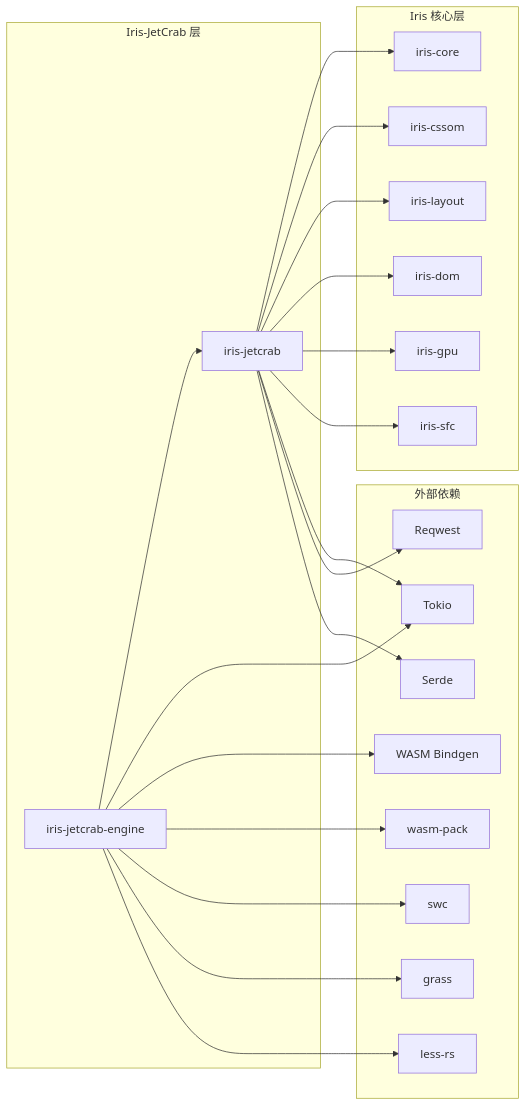
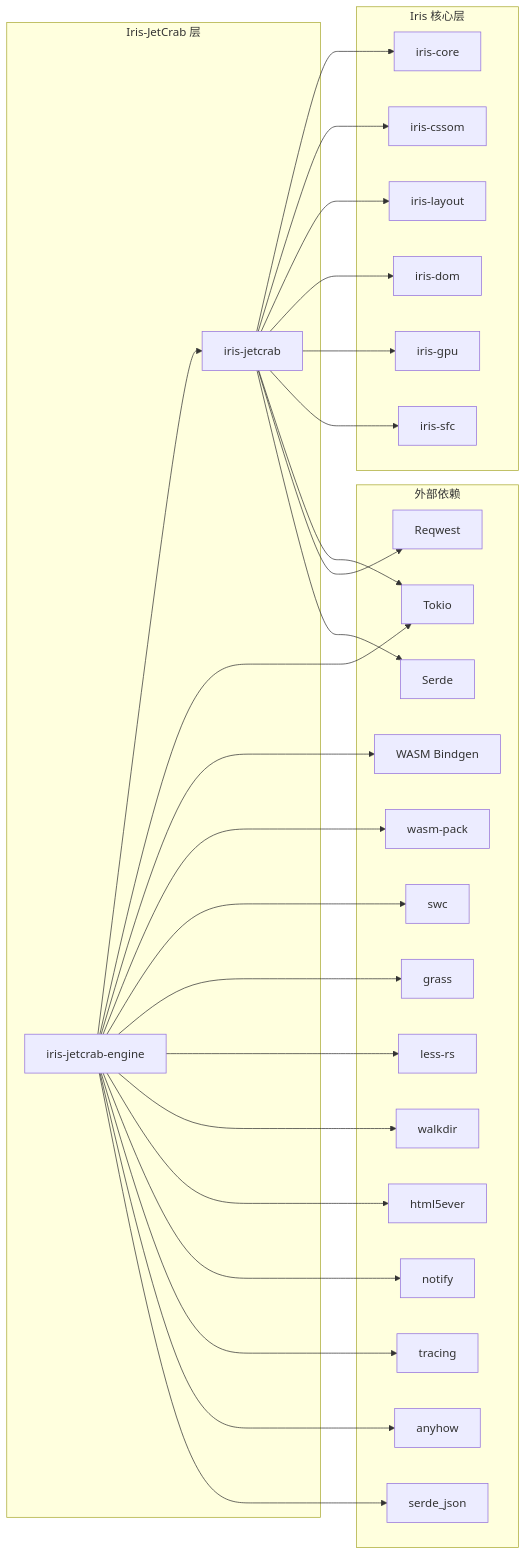
Before and after one commit to itszzl-sudo/iris: diagram 14 of 14 in .qoder/repowiki/zh/content/技术架构详解/JS沙箱运行时/Iris-JetCrab引擎/Iris-JetCrab引擎.md, drawn with Mermaid. The commit also changed other lines of this file and 23 other files, not shown here.

````diff
--- a/.qoder/repowiki/zh/content/技术架构详解/JS沙箱运行时/Iris-JetCrab引擎/Iris-JetCrab引擎.md
+++ b/.qoder/repowiki/zh/content/技术架构详解/JS沙箱运行时/Iris-JetCrab引擎/Iris-JetCrab引擎.md
@@ -659,41 +743,53 @@
 ```mermaid
 graph LR
 subgraph "Iris 核心层"
 A[iris-core]
 B[iris-cssom]
 C[iris-layout]
 D[iris-dom]
 E[iris-gpu]
 F[iris-sfc]
 end
 subgraph "Iris-JetCrab 层"
 G[iris-jetcrab]
 H[iris-jetcrab-engine]
 end
 subgraph "外部依赖"
 I[Tokio]
 J[Reqwest]
 K[Serde]
 L[WASM Bindgen]
 M[wasm-pack]
 N[swc]
 O[grass]
 P[less-rs]
+Q[walkdir]
+R[html5ever]
+S[notify]
+T[tracing]
+U[anyhow]
+V[serde_json]
 end
 G --> A
 G --> B
 G --> C
 G --> D
 G --> E
 G --> F
 G --> I
 G --> J
 G --> K
 H --> G
 H --> I
 H --> L
 H --> M
 H --> N
 H --> O
 H --> P
+H --> Q
+H --> R
+H --> S
+H --> T
+H --> U
+H --> V
 ```
````
